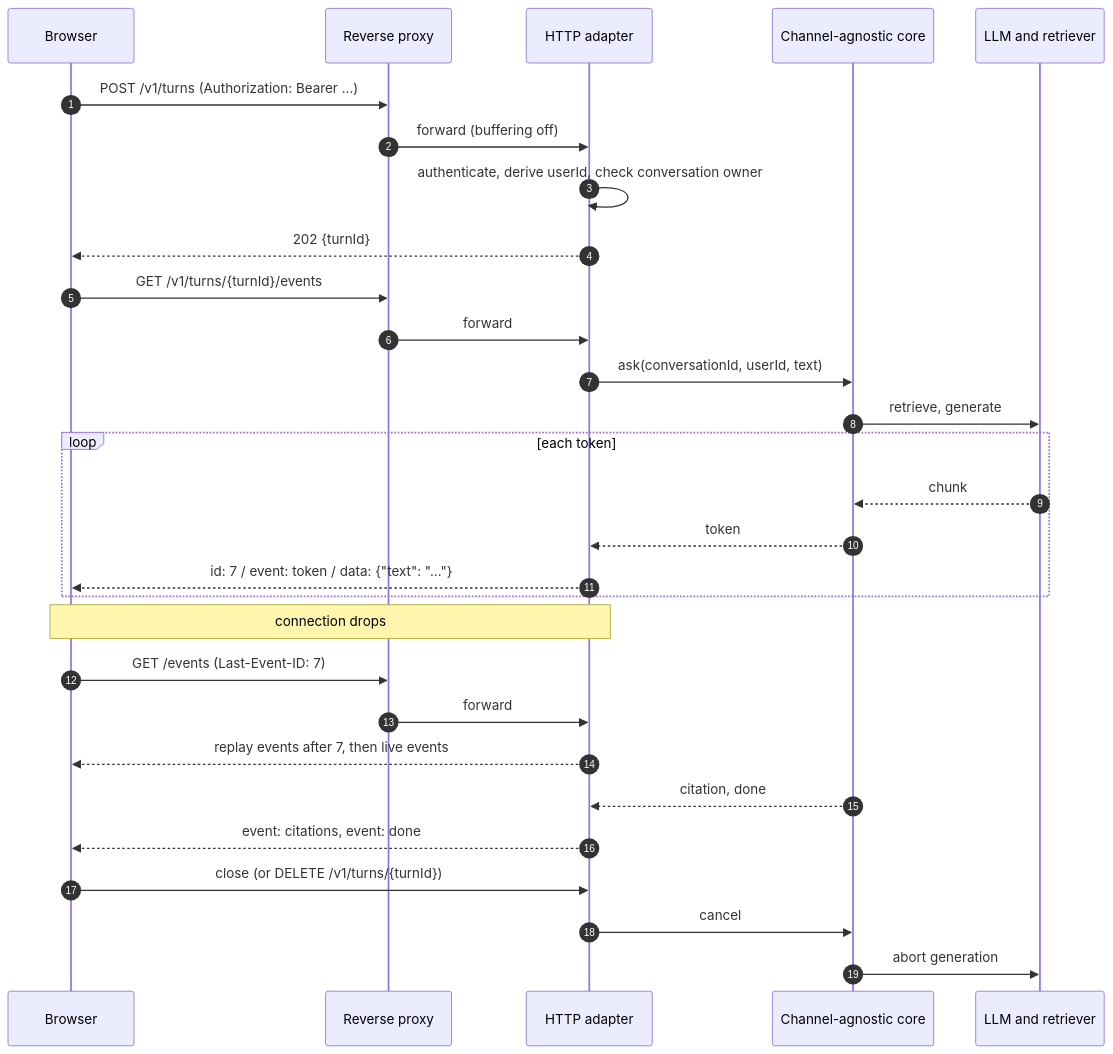
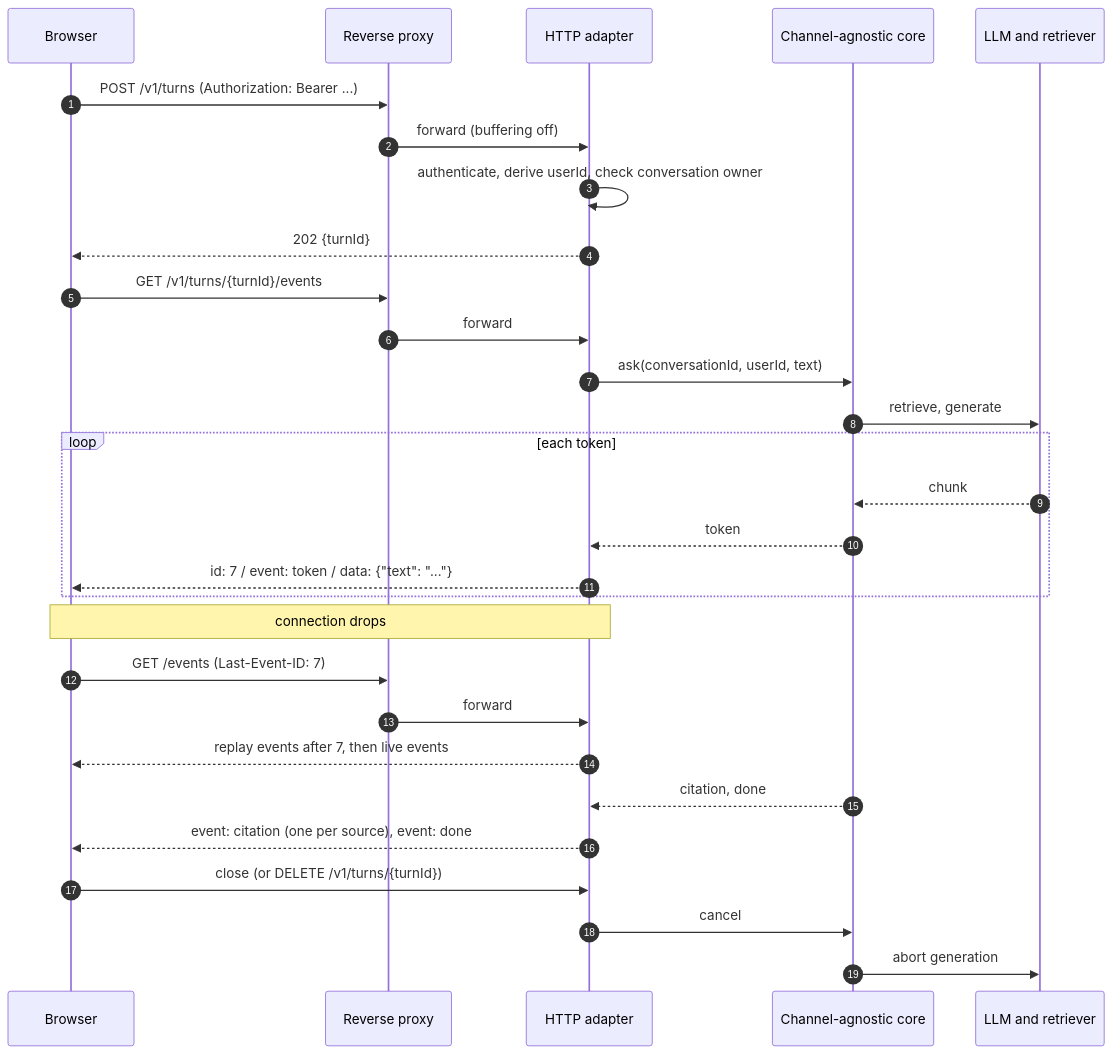
One commit to albertoirurueta/docs changed the diagram in modules/ROOT/pages/ai/conversational-channels/streaming-chat-apis.adoc. Above: the diagram before and after it, drawn with Mermaid. The commit also changed other lines of this file and 10 other files, not shown here.

```diff
--- a/modules/ROOT/pages/ai/conversational-channels/streaming-chat-apis.adoc
+++ b/modules/ROOT/pages/ai/conversational-channels/streaming-chat-apis.adoc
@@ -93,32 +98,32 @@
 [mermaid]
 ----
 sequenceDiagram
     autonumber
     participant B as Browser
     participant P as Reverse proxy
     participant A as HTTP adapter
     participant C as Channel-agnostic core
     participant M as LLM and retriever
     B->>P: POST /v1/turns (Authorization: Bearer ...)
     P->>A: forward (buffering off)
     A->>A: authenticate, derive userId, check conversation owner
     A-->>B: 202 {turnId}
     B->>P: GET /v1/turns/{turnId}/events
     P->>A: forward
     A->>C: ask(conversationId, userId, text)
     C->>M: retrieve, generate
     loop each token
         M-->>C: chunk
         C-->>A: token
         A-->>B: id: 7 / event: token / data: {"text": "..."}
     end
     Note over B,A: connection drops
     B->>P: GET /events (Last-Event-ID: 7)
     P->>A: forward
     A-->>B: replay events after 7, then live events
     C-->>A: citation, done
-    A-->>B: event: citations, event: done
+    A-->>B: event: citation (one per source), event: done
     B->>A: close (or DELETE /v1/turns/{turnId})
     A->>C: cancel
     C->>M: abort generation
 ----
```
